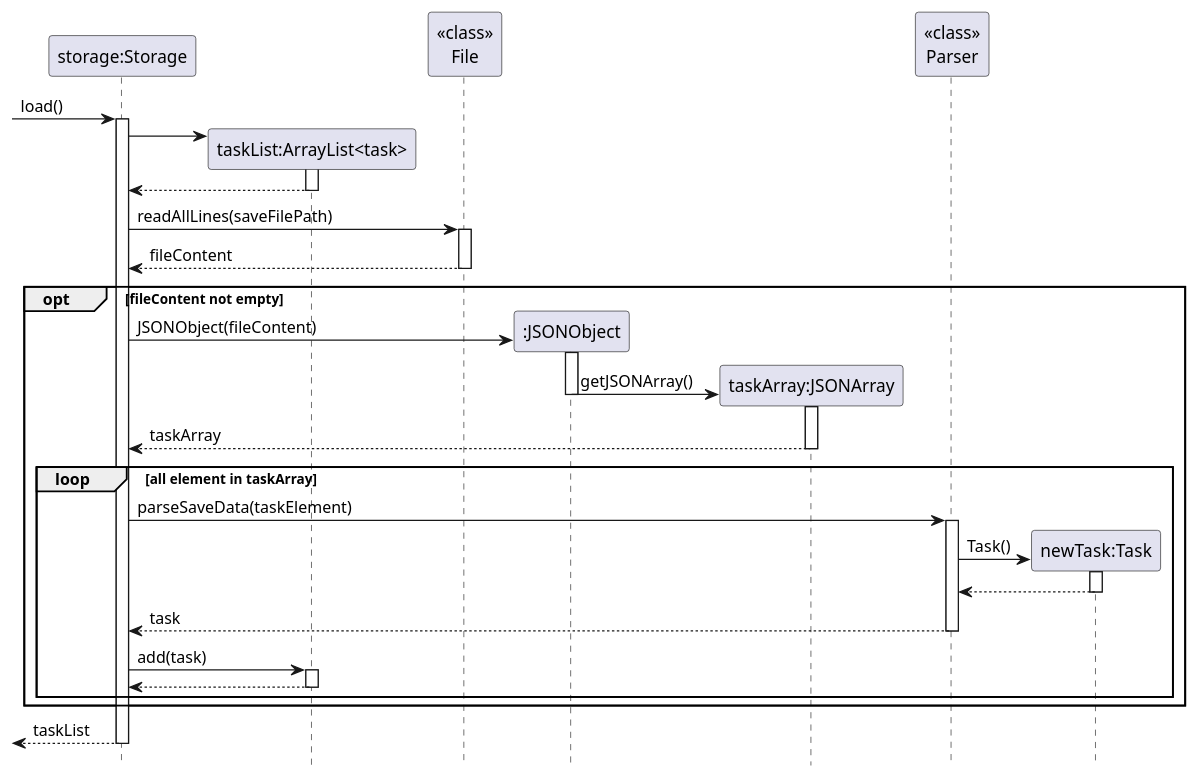
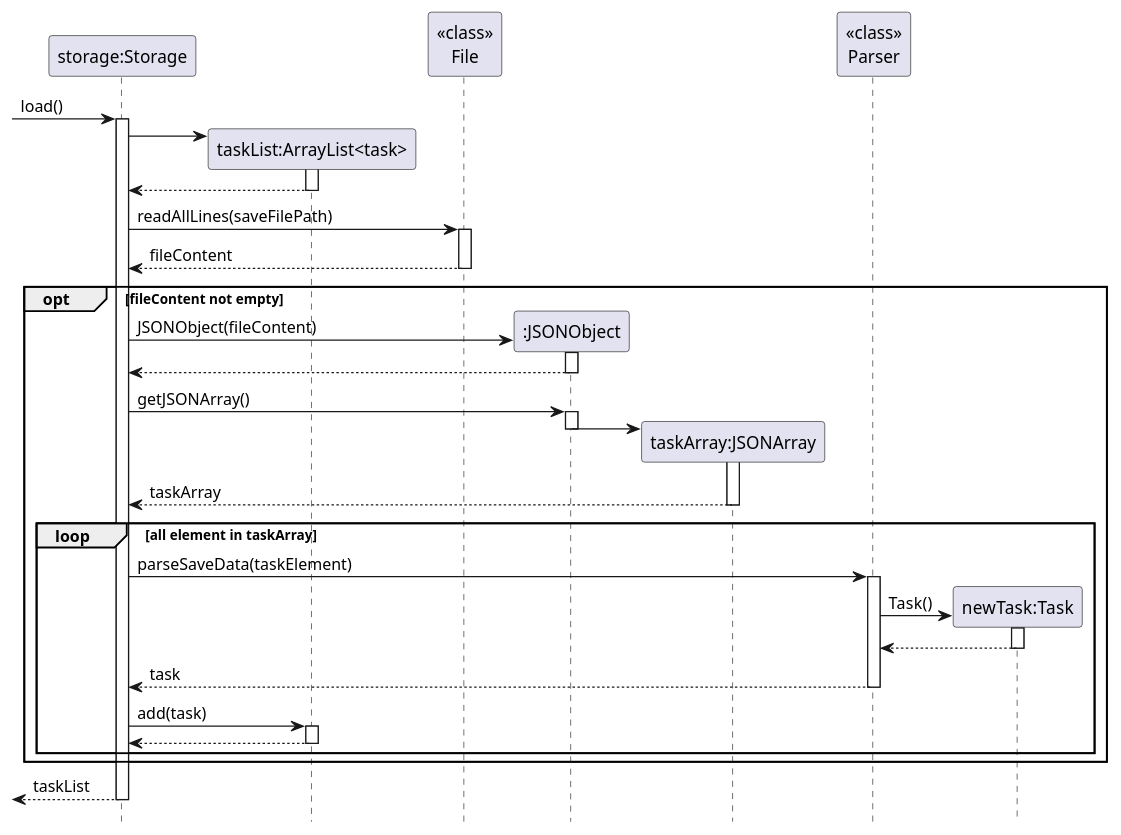
One commit to nus-cs2113-AY2122S2/tp changed the diagram in docs/puml/StorageLoadSD.puml. Above: the diagram before and after it, drawn with PlantUML. The commit also changed 6 other files, not shown here.

```diff
--- a/docs/puml/StorageLoadSD.puml
+++ b/docs/puml/StorageLoadSD.puml
@@ -1,48 +1,51 @@
 @startuml
 'https://plantuml.com/sequence-diagram
 
 hide footbox
 participant Storage as "storage:Storage"
 participant List as "taskList:ArrayList<task>"
 participant File as "<<class>>\nFile"
 participant JSONObject as ":JSONObject"
 participant JSONArray as "taskArray:JSONArray"
 participant Parser as "<<class>>\nParser"
 participant Task as "newTask:Task"
 
 [-> Storage ++: load()
 
 create List
 Storage -> List ++:
 List --> Storage --
 
 Storage -> File as "<<class>>\nFile" ++: readAllLines(saveFilePath)
 
 File --> Storage --: fileContent
 
 opt fileContent not empty
     create JSONObject
     Storage -> JSONObject ++: JSONObject(fileContent)
+    JSONObject --> Storage --:
+
+    Storage -> JSONObject ++:getJSONArray()
 
     create JSONArray
-    JSONObject -> JSONArray ++:getJSONArray()
+    JSONObject -> JSONArray ++:
     deactivate JSONObject
 
-    JSONArray --> Storage -- : taskArray
+    JSONArray --> Storage --: taskArray
 
     loop all element in taskArray
         Storage -> Parser ++: parseSaveData(taskElement)
 
         create Task
         Parser -> Task ++: Task()
 
         Task --> Parser --
 
         Parser --> Storage --: task
 
         Storage -> List ++: add(task)
         List --> Storage --
     end
 end
 return taskList
 @enduml
```
